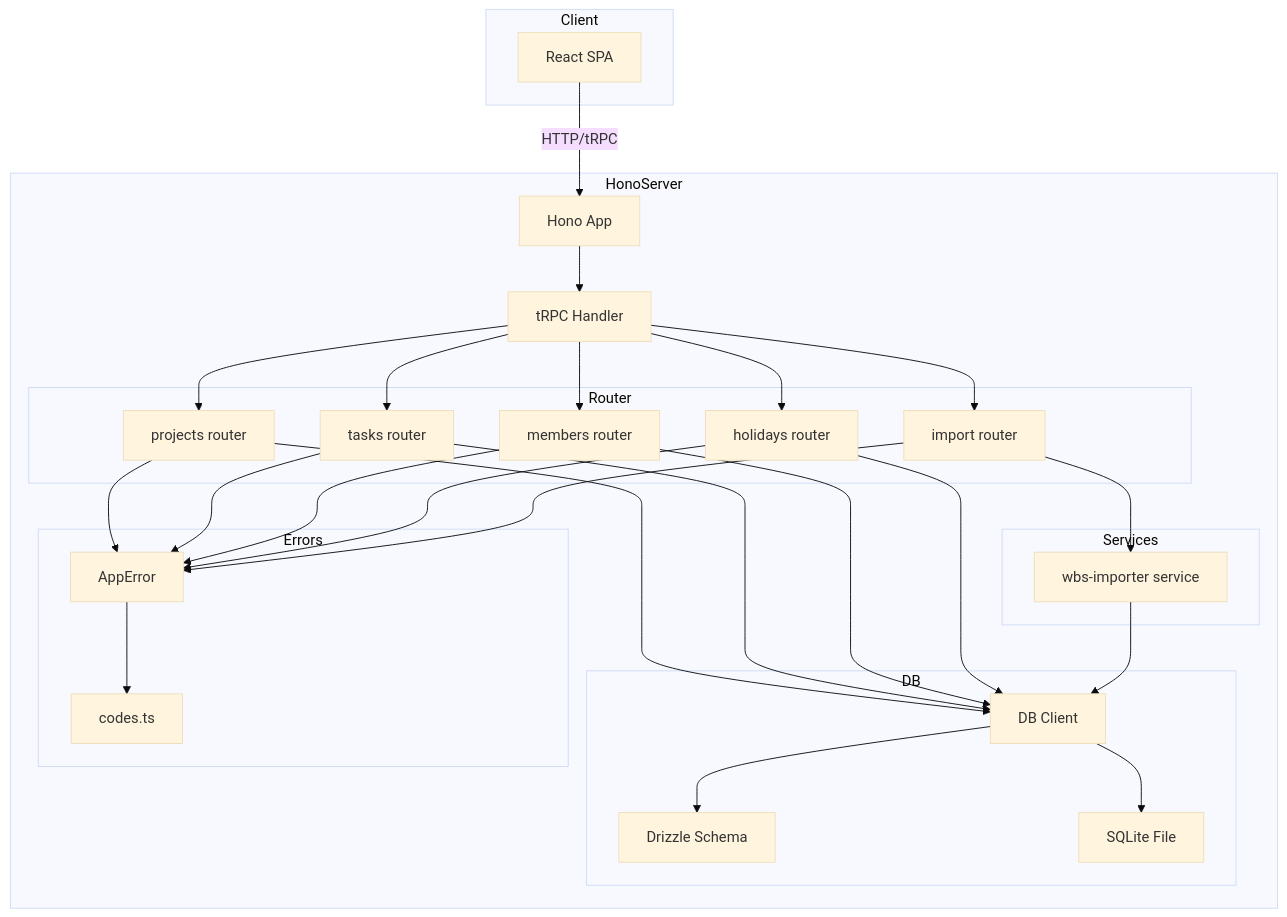
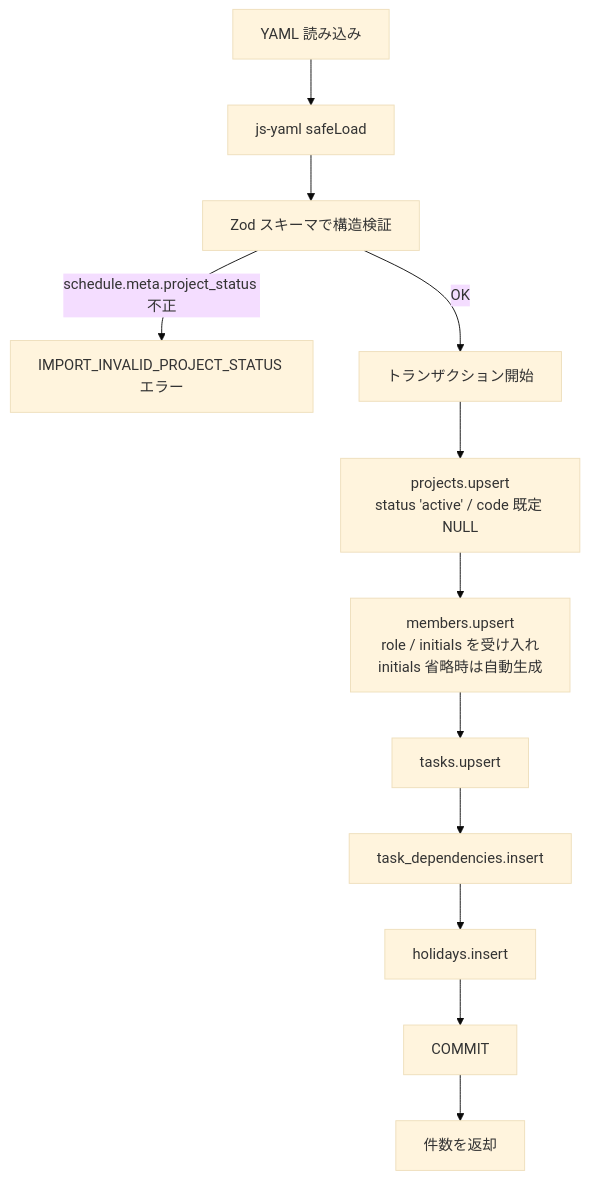
One commit to PrimeBrains/sdd-workshop changed the third of 5 diagrams in .kiro/specs/core-data-model/design.md. Above: the diagram before and after it, drawn with Mermaid (base theme). The commit also changed other lines of this file and 23 other files, not shown here.

````diff
--- a/.kiro/specs/core-data-model/design.md
+++ b/.kiro/specs/core-data-model/design.md
@@ -79,50 +204,14 @@
 ```mermaid
-graph TB
-    subgraph Client
-        ReactApp[React SPA]
-    end
-    subgraph HonoServer
-        HonoApp[Hono App]
-        TRPCHandler[tRPC Handler]
-        subgraph Router
-            ProjectsRouter[projects router]
-            TasksRouter[tasks router]
-            MembersRouter[members router]
-            HolidaysRouter[holidays router]
-            ImportRouter[import router]
-        end
-        subgraph Services
-            WbsImporter[wbs-importer service]
-        end
-        subgraph DB
-            DrizzleSchema[Drizzle Schema]
-            DrizzleClient[DB Client]
-            SQLiteFile[SQLite File]
-        end
-        subgraph Errors
-            AppErrorClass[AppError]
-            ErrorCodes[codes.ts]
-        end
-    end
-    ReactApp -->|HTTP/tRPC| HonoApp
-    HonoApp --> TRPCHandler
-    TRPCHandler --> ProjectsRouter
-    TRPCHandler --> TasksRouter
-    TRPCHandler --> MembersRouter
-    TRPCHandler --> HolidaysRouter
-    TRPCHandler --> ImportRouter
-    ImportRouter --> WbsImporter
-    ProjectsRouter --> DrizzleClient
-    TasksRouter --> DrizzleClient
-    MembersRouter --> DrizzleClient
-    HolidaysRouter --> DrizzleClient
-    WbsImporter --> DrizzleClient
-    DrizzleClient --> SQLiteFile
-    DrizzleClient --> DrizzleSchema
-    ProjectsRouter --> AppErrorClass
-    TasksRouter --> AppErrorClass
-    MembersRouter --> AppErrorClass
-    HolidaysRouter --> AppErrorClass
-    ImportRouter --> AppErrorClass
-    AppErrorClass --> ErrorCodes
+flowchart TD
+  Start[YAML 読み込み] --> Parse[js-yaml safeLoad]
+  Parse --> Zod[Zod スキーマで構造検証]
+  Zod -->|schedule.meta.project_status 不正| Err[IMPORT_INVALID_PROJECT_STATUS エラー]
+  Zod -->|OK| Begin[トランザクション開始]
+  Begin --> UpsertProj[projects.upsert\nstatus 'active' / code 既定 NULL]
+  UpsertProj --> UpsertMem[members.upsert\nrole / initials を受け入れ\ninitials 省略時は自動生成]
+  UpsertMem --> UpsertTask[tasks.upsert]
+  UpsertTask --> InsertDep[task_dependencies.insert]
+  InsertDep --> InsertHol[holidays.insert]
+  InsertHol --> Commit[COMMIT]
+  Commit --> End[件数を返却]
 ```
````
